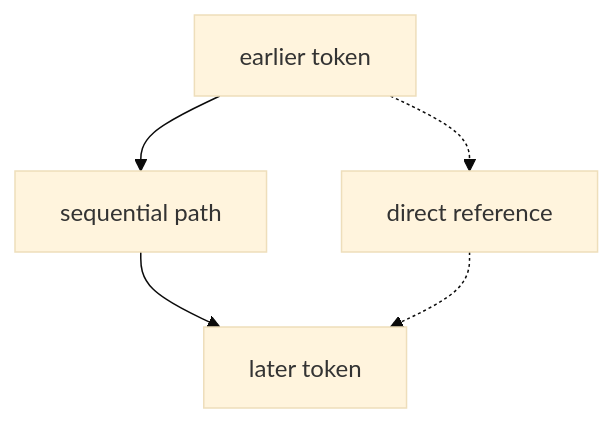
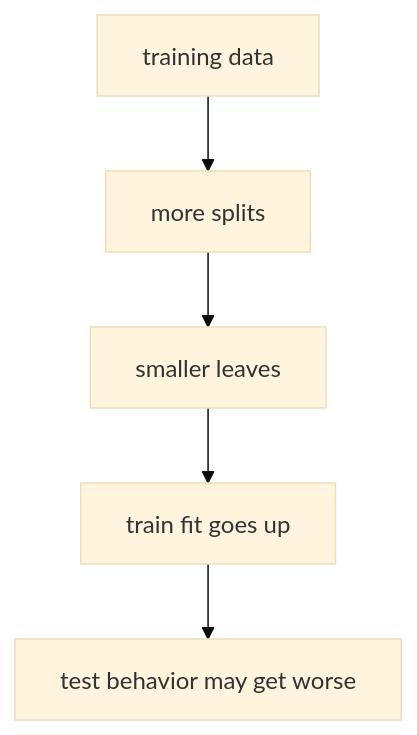
One commit to devchan64/AiBook changed the first of 2 diagrams in docs/parts/part-04/chapter-14/section-02.md. Above: the diagram before and after it, drawn with Mermaid (base theme). The commit also changed other lines of this file and 213 other files, not shown here.

````diff
--- a/docs/parts/part-04/chapter-14/section-02.md
+++ b/docs/parts/part-04/chapter-14/section-02.md
@@ -116,12 +75,10 @@
 ```mermaid
 flowchart TD
-  A["earlier token"]
-  B["sequential path"]
-  C["later token"]
-  D["direct reference"]
+  A["training data"]
+  B["more splits"]
+  C["smaller leaves"]
+  D["train fit goes up"]
+  E["test behavior may get worse"]
 
-  A --> B
-  B --> C
-  A -.-> D
-  D -.-> C
+  A --> B --> C --> D --> E
 ```
````
